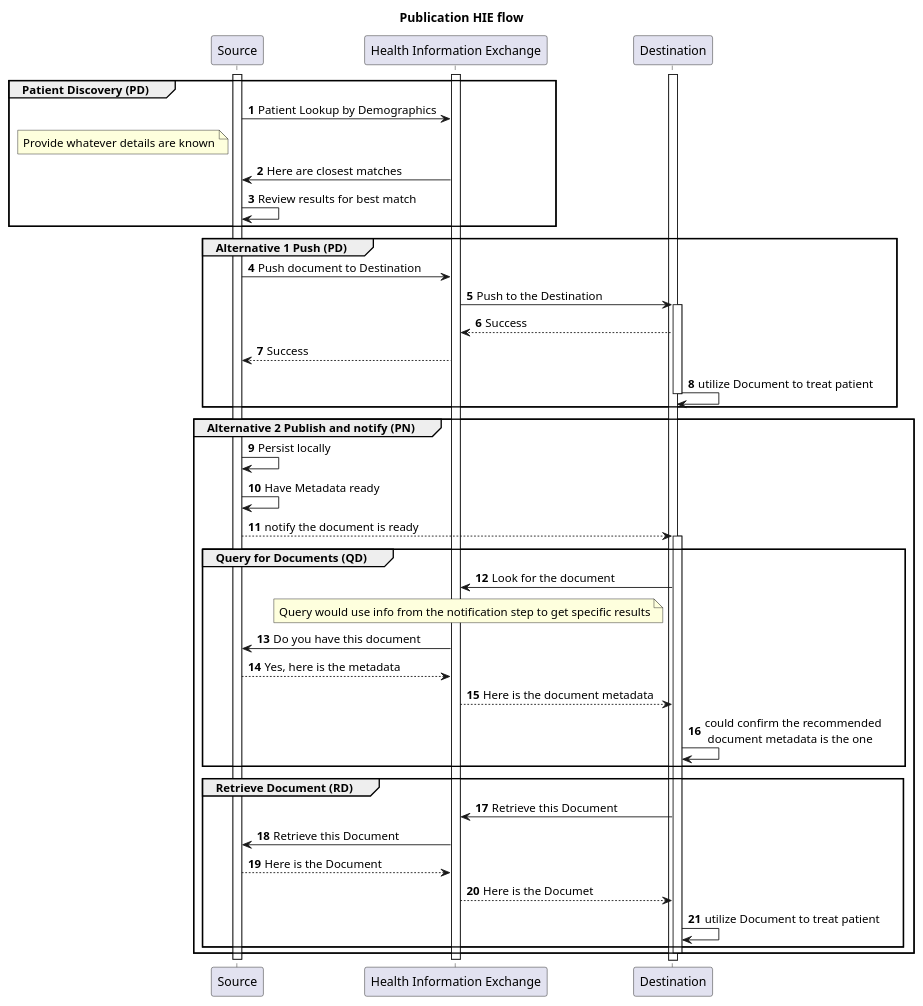
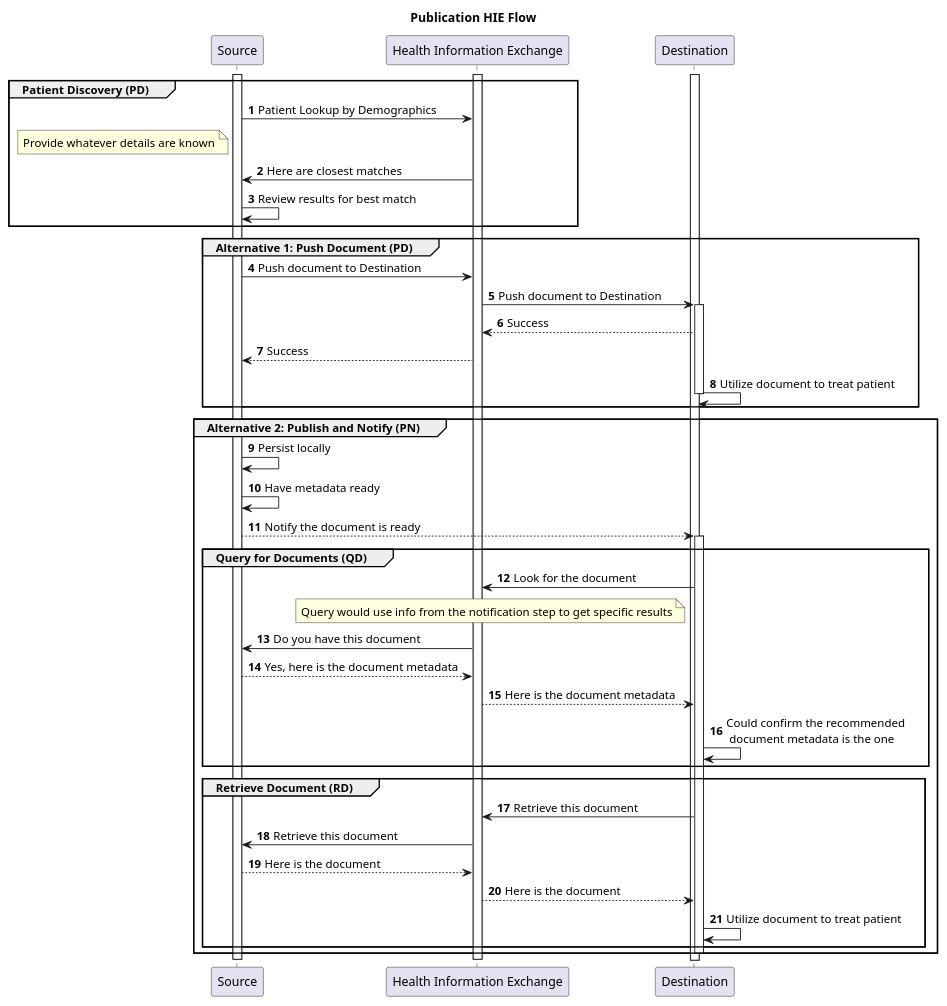
Before and after one commit to IHE/EMS-Overall: the diagram in input/images-source/usecase00-processflow.plantuml, drawn with PlantUML. The commit also changed 4 other files, not shown here.

```diff
--- a/input/images-source/usecase00-processflow.plantuml
+++ b/input/images-source/usecase00-processflow.plantuml
@@ -1,58 +1,58 @@
 @startuml
 skinparam svgDimensionStyle false
-title Publication HIE flow
+title Publication HIE Flow
 participant "Source" as Source
 participant "Health Information Exchange" as HIE [[https://profiles.ihe.net/ITI/HIE-Whitepaper/index.html HIE-Whitepaper]]
 participant "Destination" as Destination
 autonumber
 activate Source
 activate HIE
 activate Destination
 
 group Patient Discovery (PD)
 Source -> HIE: Patient Lookup by Demographics
 Note left of Source: Provide whatever details are known
 Source <- HIE: Here are closest matches
 Source -> Source: Review results for best match
 end group
 
-group Alternative 1 Push (PD)
+group Alternative 1: Push Document (PD)
 Source -> HIE: Push document to Destination
-HIE -> Destination: Push to the Destination
+HIE -> Destination: Push document to Destination
 activate Destination
 HIE <-- Destination: Success
 Source <-- HIE: Success
-Destination -> Destination: utilize Document to treat patient
+Destination -> Destination: Utilize document to treat patient
 deactivate Destination
 end group
 
-group Alternative 2 Publish and notify (PN)
+group Alternative 2: Publish and Notify (PN)
 Source -> Source: Persist locally
-Source -> Source: Have Metadata ready
+Source -> Source: Have metadata ready
 
-Source --> Destination: notify the document is ready
+Source --> Destination: Notify the document is ready
 activate Destination
 
 group Query for Documents (QD)
 Destination -> HIE: Look for the document
 Note left of Destination: Query would use info from the notification step to get specific results
 HIE -> Source: Do you have this document
-HIE <-- Source: Yes, here is the metadata
+HIE <-- Source: Yes, here is the document metadata
 Destination <-- HIE: Here is the document metadata
-Destination -> Destination: could confirm the recommended\n document metadata is the one
+Destination -> Destination: Could confirm the recommended\n document metadata is the one
 end group
 
 group Retrieve Document (RD)
-Destination -> HIE: Retrieve this Document
-HIE -> Source: Retrieve this Document
-HIE <-- Source: Here is the Document
-Destination <-- HIE: Here is the Documet
-Destination -> Destination: utilize Document to treat patient
+Destination -> HIE: Retrieve this document
+HIE -> Source: Retrieve this document
+HIE <-- Source: Here is the document
+Destination <-- HIE: Here is the document
+Destination -> Destination: Utilize document to treat patient
 end group
 deactivate Destination
 end group
 
 deactivate HIE
 deactivate Source
 
 @enduml
```
